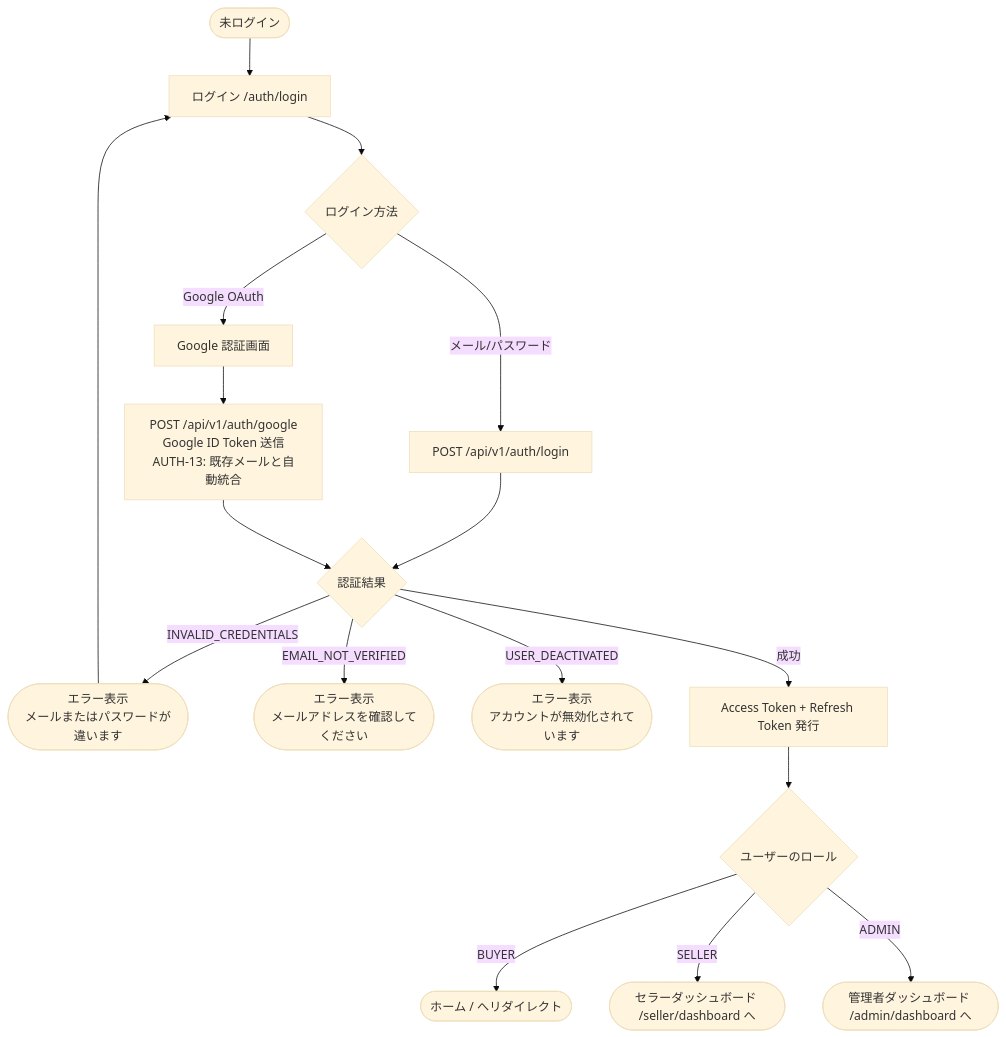
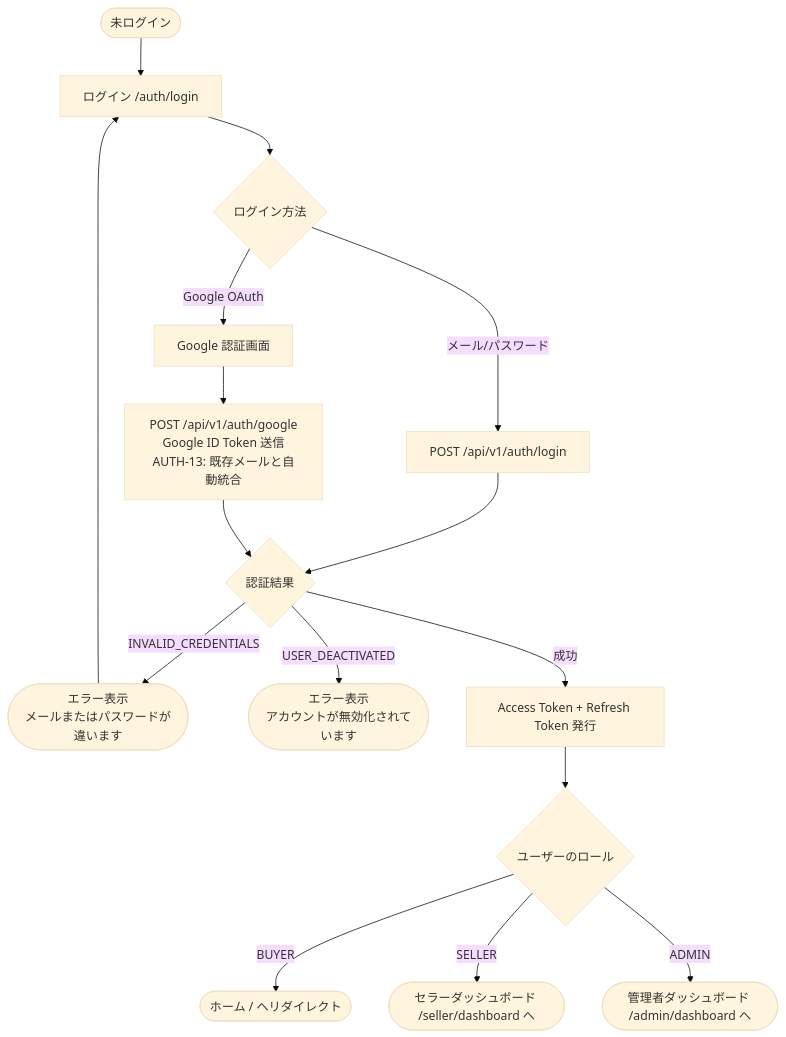
Before and after one commit to daobn99/kivio-project: the second of 27 diagrams in docs/design/frontend/USER_FLOW.md, drawn with Mermaid (base theme). The commit also changed other lines of this file and 19 other files, not shown here.

````diff
--- a/docs/design/frontend/USER_FLOW.md
+++ b/docs/design/frontend/USER_FLOW.md
@@ -39,19 +51,18 @@
 ```mermaid
 flowchart TD
   A([未ログイン]) --> B["ログイン /auth/login"]
   B --> C{ログイン方法}
   C -- メール/パスワード --> D["POST /api/v1/auth/login"]
   C -- Google OAuth --> E["Google 認証画面"]
   E --> F["POST /api/v1/auth/google\nGoogle ID Token 送信\nAUTH-13: 既存メールと自動統合"]
   D --> G{認証結果}
   F --> G
   G -- INVALID_CREDENTIALS --> H(["エラー表示\nメールまたはパスワードが違います"])
   H --> B
-  G -- EMAIL_NOT_VERIFIED --> I(["エラー表示\nメールアドレスを確認してください"])
   G -- USER_DEACTIVATED --> J(["エラー表示\nアカウントが無効化されています"])
   G -- 成功 --> K["Access Token + Refresh Token 発行"]
   K --> L{ユーザーのロール}
   L -- BUYER --> M(["ホーム / へリダイレクト"])
   L -- SELLER --> N(["セラーダッシュボード /seller/dashboard へ"])
   L -- ADMIN --> O(["管理者ダッシュボード /admin/dashboard へ"])
 ```
````
